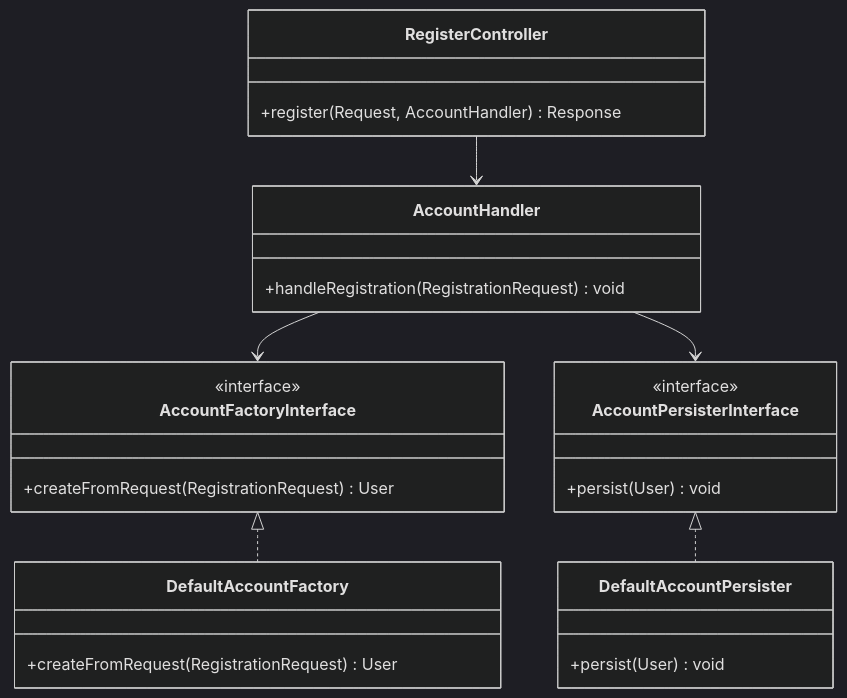
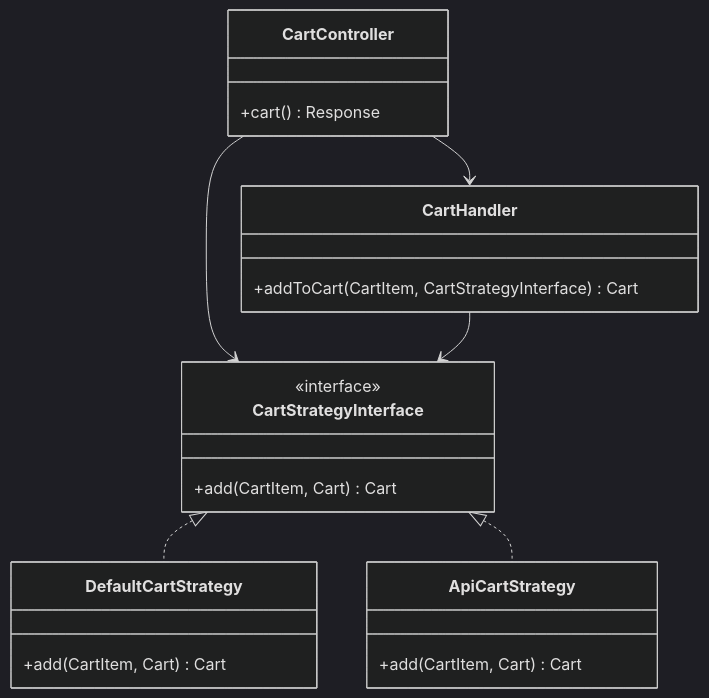
The first of 2 diagrams in README.md (mohammedkasmii/EcomSumfony), drawn with Mermaid (dark theme) before and after one commit. The commit also changed other lines of this file, not shown here.

Commit message:
Update README.md to showcase architecture and TP compliance

````diff
--- a/README.md
+++ b/README.md
@@ -16,29 +45,25 @@
 ```mermaid
 classDiagram
-    class RegisterController {
-        +register(Request, AccountHandler) Response
+    class CartController {
+        +cart() Response
     }
-    class AccountHandler {
-        +handleRegistration(RegistrationRequest) void
+    class CartHandler {
+        +addToCart(CartItem, CartStrategyInterface) Cart
     }
-    class AccountFactoryInterface {
+    class CartStrategyInterface {
         <<interface>>
-        +createFromRequest(RegistrationRequest) User
+        +add(CartItem, Cart) Cart
     }
-    class DefaultAccountFactory {
-        +createFromRequest(RegistrationRequest) User
+    class DefaultCartStrategy {
+        +add(CartItem, Cart) Cart
     }
-    class AccountPersisterInterface {
-        <<interface>>
-        +persist(User) void
-    }
-    class DefaultAccountPersister {
-        +persist(User) void
+    class ApiCartStrategy {
+        +add(CartItem, Cart) Cart
     }
 
-    RegisterController --> AccountHandler
-    AccountHandler --> AccountFactoryInterface
-    AccountHandler --> AccountPersisterInterface
-    AccountFactoryInterface <|.. DefaultAccountFactory
-    AccountPersisterInterface <|.. DefaultAccountPersister
+    CartController --> CartHandler
+    CartController --> CartStrategyInterface
+    CartHandler --> CartStrategyInterface
+    CartStrategyInterface <|.. DefaultCartStrategy
+    CartStrategyInterface <|.. ApiCartStrategy
 ```
````
